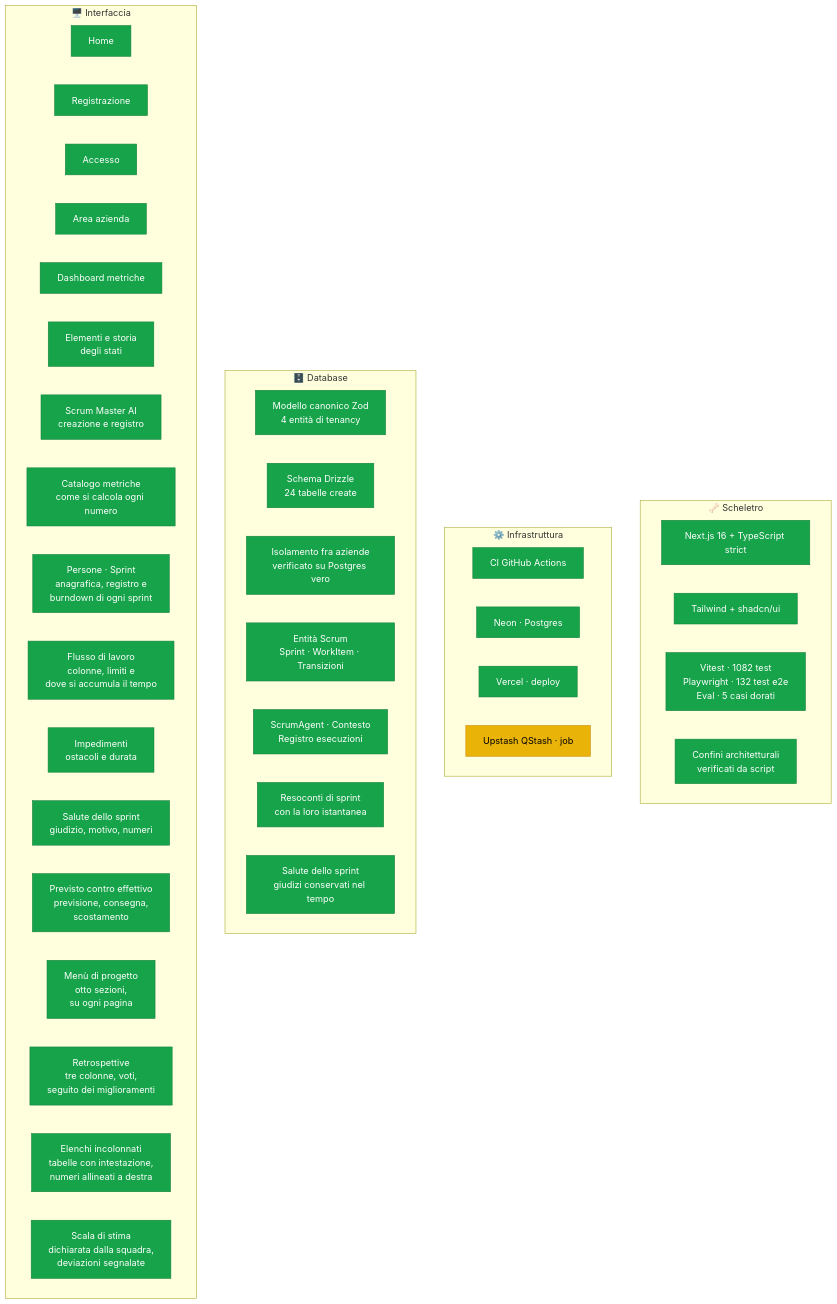
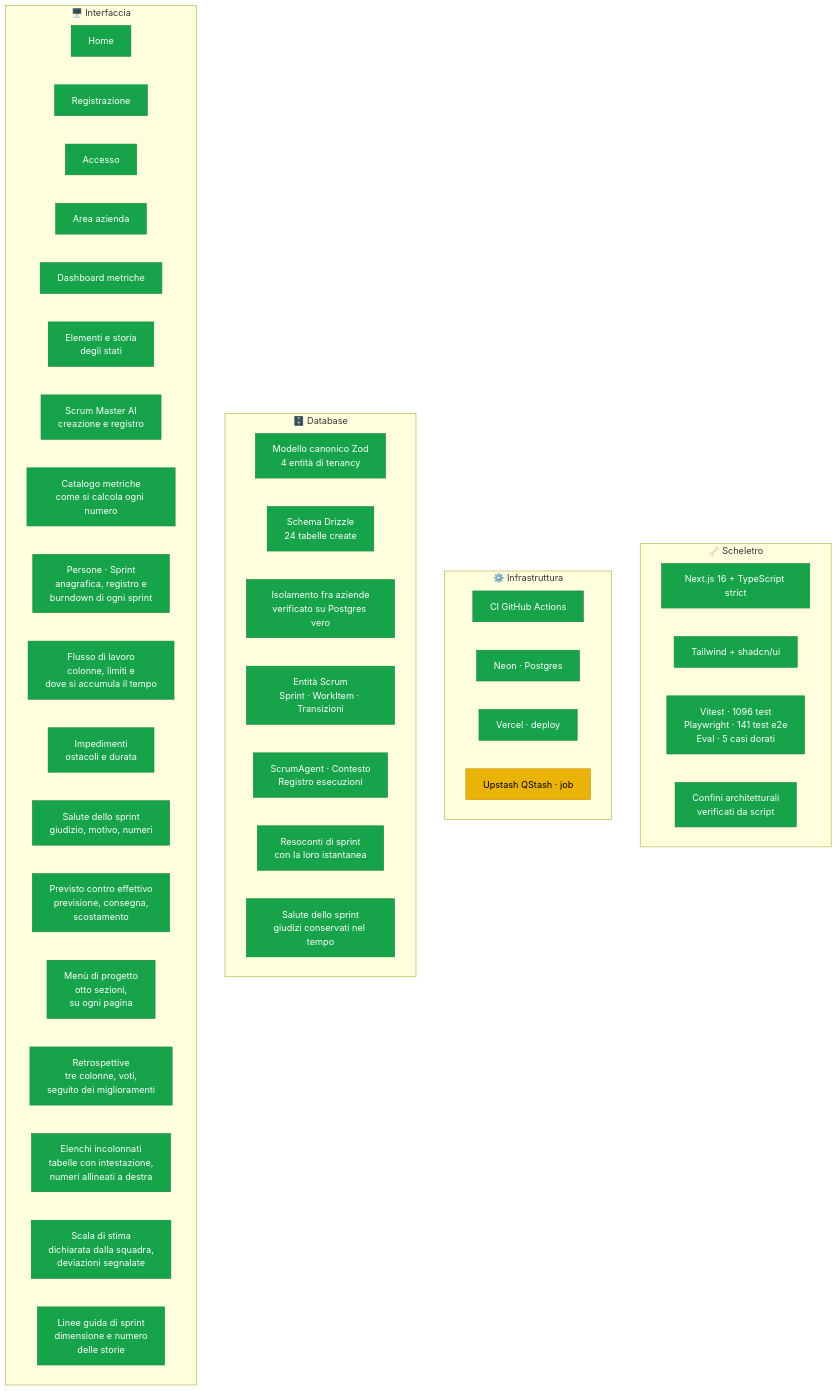
One commit to dibari62/scrum-master-ai changed the first of 3 diagrams in docs/stato-progetto.md. Above: the diagram before and after it, drawn with Mermaid. The commit also changed other lines of this file and 13 other files, not shown here.

````diff
--- a/docs/stato-progetto.md
+++ b/docs/stato-progetto.md
@@ -16,56 +16,57 @@
 ```mermaid
 graph TB
     subgraph SCH["🦴 Scheletro"]
         S1["Next.js 16 + TypeScript strict"]
         S2["Tailwind + shadcn/ui"]
-        S3["Vitest · 1082 test<br/>Playwright · 132 test e2e<br/>Eval · 5 casi dorati"]
+        S3["Vitest · 1096 test<br/>Playwright · 141 test e2e<br/>Eval · 5 casi dorati"]
         S4["Confini architetturali<br/>verificati da script"]
     end
 
     subgraph INF["⚙️ Infrastruttura"]
         I1["CI GitHub Actions"]
         I2["Neon · Postgres"]
         I3["Vercel · deploy"]
         I4["Upstash QStash · job"]
     end
 
     subgraph DB["🗄️ Database"]
         D1["Modello canonico Zod<br/>4 entità di tenancy"]
         D2["Schema Drizzle<br/>24 tabelle create"]
         D3["Isolamento fra aziende<br/>verificato su Postgres vero"]
         D4["Entità Scrum<br/>Sprint · WorkItem · Transizioni"]
         D5["ScrumAgent · Contesto<br/>Registro esecuzioni"]
         D6["Resoconti di sprint<br/>con la loro istantanea"]
         D7["Salute dello sprint<br/>giudizi conservati nel tempo"]
     end
 
     subgraph UI["🖥️ Interfaccia"]
         U1["Home"]
         U2["Registrazione"]
         U3["Accesso"]
         U4["Area azienda"]
         U5["Dashboard metriche"]
         U7["Elementi e storia<br/>degli stati"]
         U6["Scrum Master AI<br/>creazione e registro"]
         U8["Catalogo metriche<br/>come si calcola ogni numero"]
         U9["Persone · Sprint<br/>anagrafica, registro e<br/>burndown di ogni sprint"]
         U10["Flusso di lavoro<br/>colonne, limiti e<br/>dove si accumula il tempo"]
         U11["Impedimenti<br/>ostacoli e durata"]
         U12["Salute dello sprint<br/>giudizio, motivo, numeri"]
         U13["Previsto contro effettivo<br/>previsione, consegna,<br/>scostamento"]
         U14["Menù di progetto<br/>otto sezioni,<br/>su ogni pagina"]
         U15["Retrospettive<br/>tre colonne, voti,<br/>seguito dei miglioramenti"]
         U16["Elenchi incolonnati<br/>tabelle con intestazione,<br/>numeri allineati a destra"]
         U17["Scala di stima<br/>dichiarata dalla squadra,<br/>deviazioni segnalate"]
+        U18["Linee guida di sprint<br/>dimensione e numero<br/>delle storie"]
     end
 
     classDef fatto fill:#16a34a,stroke:#15803d,color:#fff
     classDef corso fill:#eab308,stroke:#ca8a04,color:#000
     classDef todo fill:#e5e7eb,stroke:#9ca3af,color:#6b7280
 
     class S1,S2,S3,S4 fatto
     class I1,I2,I3 fatto
     class I4 corso
     class D1,D2,D3,D4,D5,D6,D7 fatto
-    class U1,U2,U3,U4,U5,U6,U7,U8,U9,U10,U11,U12,U13,U14,U15,U16,U17 fatto
+    class U1,U2,U3,U4,U5,U6,U7,U8,U9,U10,U11,U12,U13,U14,U15,U16,U17,U18 fatto
 ```
````
